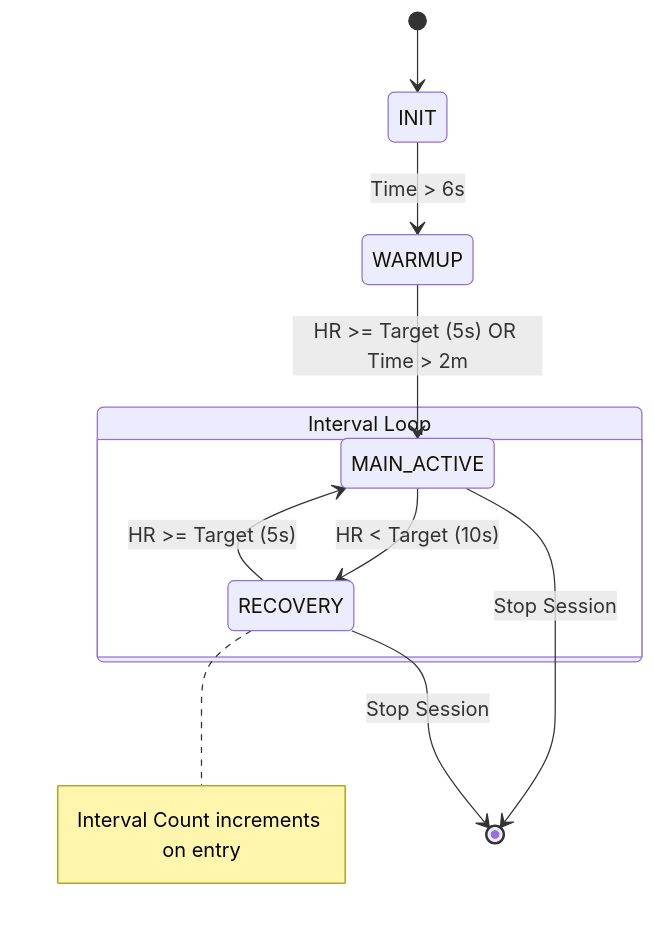
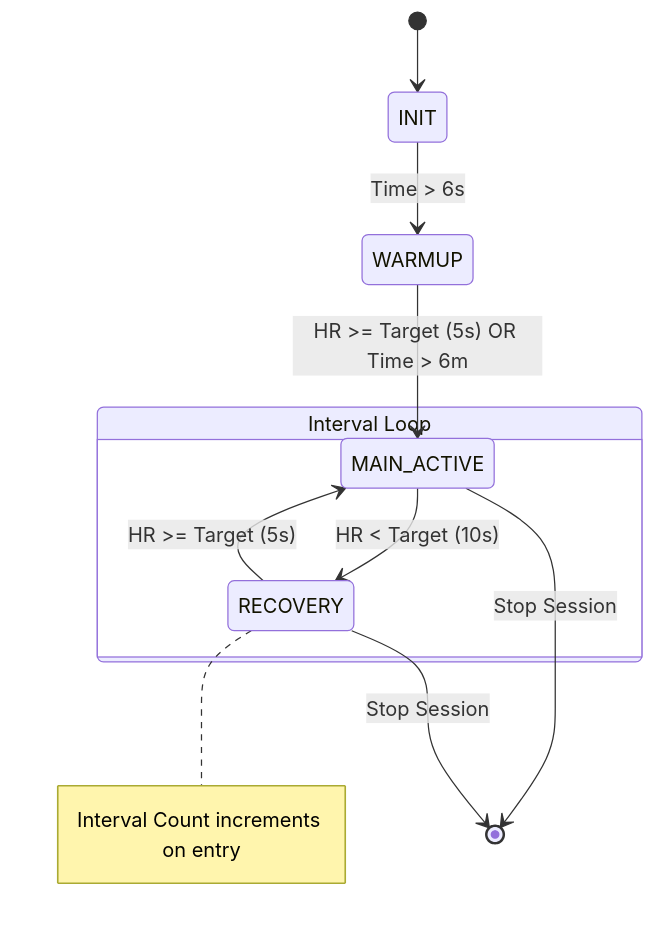
One commit to frogofprey/aahrm_vibe_proto changed the first of 2 diagrams in interval_state.md. Above: the diagram before and after it, drawn with Mermaid. The commit also changed other lines of this file and 5 other files, not shown here.

````diff
--- a/interval_state.md
+++ b/interval_state.md
@@ -19,17 +19,17 @@
 ```mermaid
 stateDiagram-v2
     [*] --> INIT
     INIT --> WARMUP: Time > 6s
     
-    WARMUP --> MAIN_ACTIVE: HR >= Target (5s) OR Time > 2m
+    WARMUP --> MAIN_ACTIVE: HR >= Target (5s) OR Time > 6m
     
     state "Interval Loop" as Loop {
         MAIN_ACTIVE --> RECOVERY: HR < Target (10s)
         RECOVERY --> MAIN_ACTIVE: HR >= Target (5s)
     }
     
     Note right of RECOVERY: Interval Count increments on entry
     
     MAIN_ACTIVE --> [*]: Stop Session
     RECOVERY --> [*]: Stop Session
 ```
````
